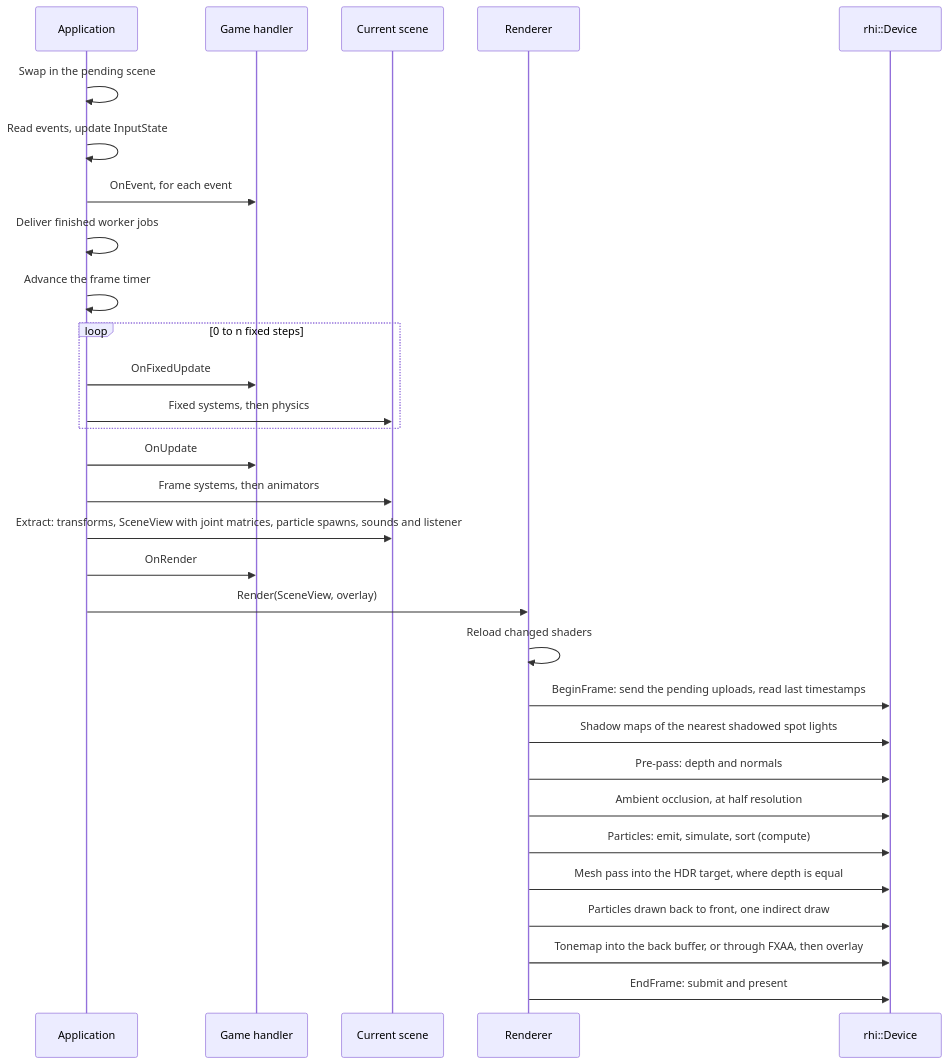
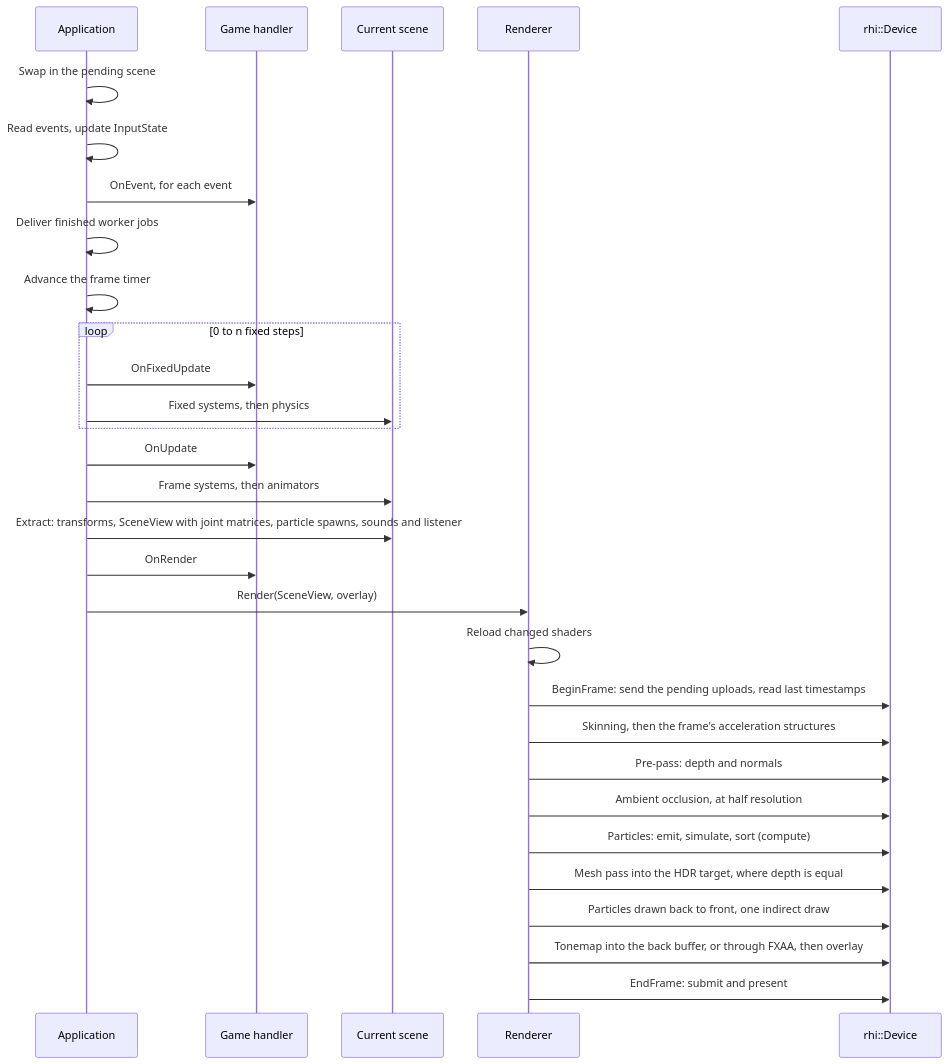
The third of 12 diagrams in docs/ARCHITECTURE.md (SBXdev3D/daidalos-engine-next), drawn with Mermaid before and after one commit. The commit also changed other lines of this file and 6 other files, not shown here.

````diff
--- a/docs/ARCHITECTURE.md
+++ b/docs/ARCHITECTURE.md
@@ -67,33 +67,33 @@
 ```mermaid
 sequenceDiagram
     participant A as Application
     participant G as Game handler
     participant S as Current scene
     participant R as Renderer
     participant D as rhi::Device
 
     A->>A: Swap in the pending scene
     A->>A: Read events, update InputState
     A->>G: OnEvent, for each event
     A->>A: Deliver finished worker jobs
     A->>A: Advance the frame timer
     loop 0 to n fixed steps
         A->>G: OnFixedUpdate
         A->>S: Fixed systems, then physics
     end
     A->>G: OnUpdate
     A->>S: Frame systems, then animators
     A->>S: Extract: transforms, SceneView with joint matrices, particle spawns, sounds and listener
     A->>G: OnRender
     A->>R: Render(SceneView, overlay)
     R->>R: Reload changed shaders
     R->>D: BeginFrame: send the pending uploads, read last timestamps
-    R->>D: Shadow maps of the nearest shadowed spot lights
+    R->>D: Skinning, then the frame's acceleration structures
     R->>D: Pre-pass: depth and normals
     R->>D: Ambient occlusion, at half resolution
     R->>D: Particles: emit, simulate, sort (compute)
     R->>D: Mesh pass into the HDR target, where depth is equal
     R->>D: Particles drawn back to front, one indirect draw
     R->>D: Tonemap into the back buffer, or through FXAA, then overlay
     R->>D: EndFrame: submit and present
 ```
````
